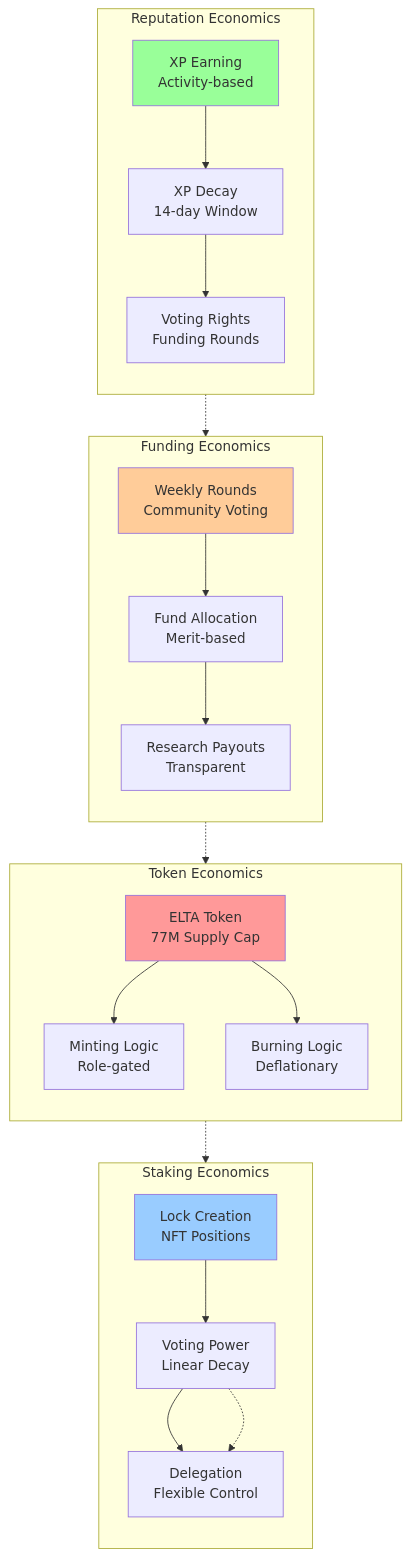
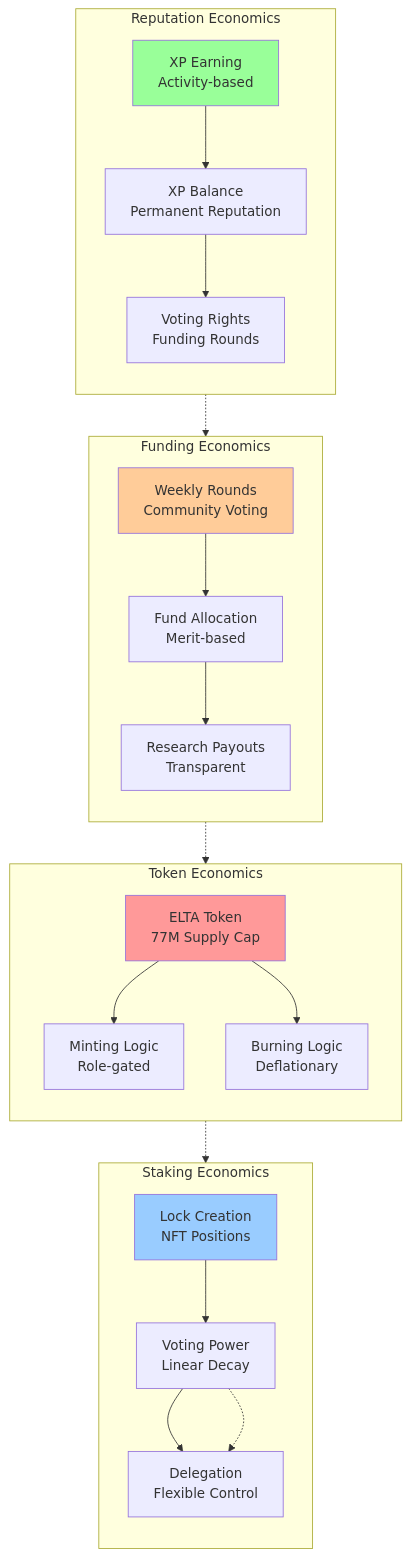
One commit to Elata-Biosciences/elata-protocol changed the second of 22 diagrams in docs/ARCHITECTURE.md. Above: the diagram before and after it, drawn with Mermaid. The commit also changed other lines of this file and 10 other files, not shown here.

````diff
--- a/docs/ARCHITECTURE.md
+++ b/docs/ARCHITECTURE.md
@@ -68,52 +68,52 @@
 ```mermaid
 graph TD
     subgraph "Token Economics"
         direction TB
         ELTA[ELTA Token<br/>77M Supply Cap]
         MINT[Minting Logic<br/>Role-gated]
         BURN[Burning Logic<br/>Deflationary]
         
         ELTA --> MINT
         ELTA --> BURN
     end
     
     subgraph "Staking Economics"
         direction TB
         LOCK[Lock Creation<br/>NFT Positions]
         POWER[Voting Power<br/>Linear Decay]
         DELEGATE[Delegation<br/>Flexible Control]
         
         LOCK --> POWER
         POWER --> DELEGATE
     end
     
     subgraph "Reputation Economics"
         direction TB
         EARN[XP Earning<br/>Activity-based]
-        DECAY[XP Decay<br/>14-day Window]
+        HOLD[XP Balance<br/>Permanent Reputation]
         VOTE[Voting Rights<br/>Funding Rounds]
         
-        EARN --> DECAY
-        DECAY --> VOTE
+        EARN --> HOLD
+        HOLD --> VOTE
     end
     
     subgraph "Funding Economics"
         direction TB
         ROUNDS[Weekly Rounds<br/>Community Voting]
         ALLOCATION[Fund Allocation<br/>Merit-based]
         PAYOUT[Research Payouts<br/>Transparent]
         
         ROUNDS --> ALLOCATION
         ALLOCATION --> PAYOUT
     end
     
     ELTA -.-> LOCK
     POWER -.-> DELEGATE
     VOTE -.-> ROUNDS
     PAYOUT -.-> ELTA
     
     style ELTA fill:#ff9999
     style LOCK fill:#99ccff
     style EARN fill:#99ff99
     style ROUNDS fill:#ffcc99
 ```
````
